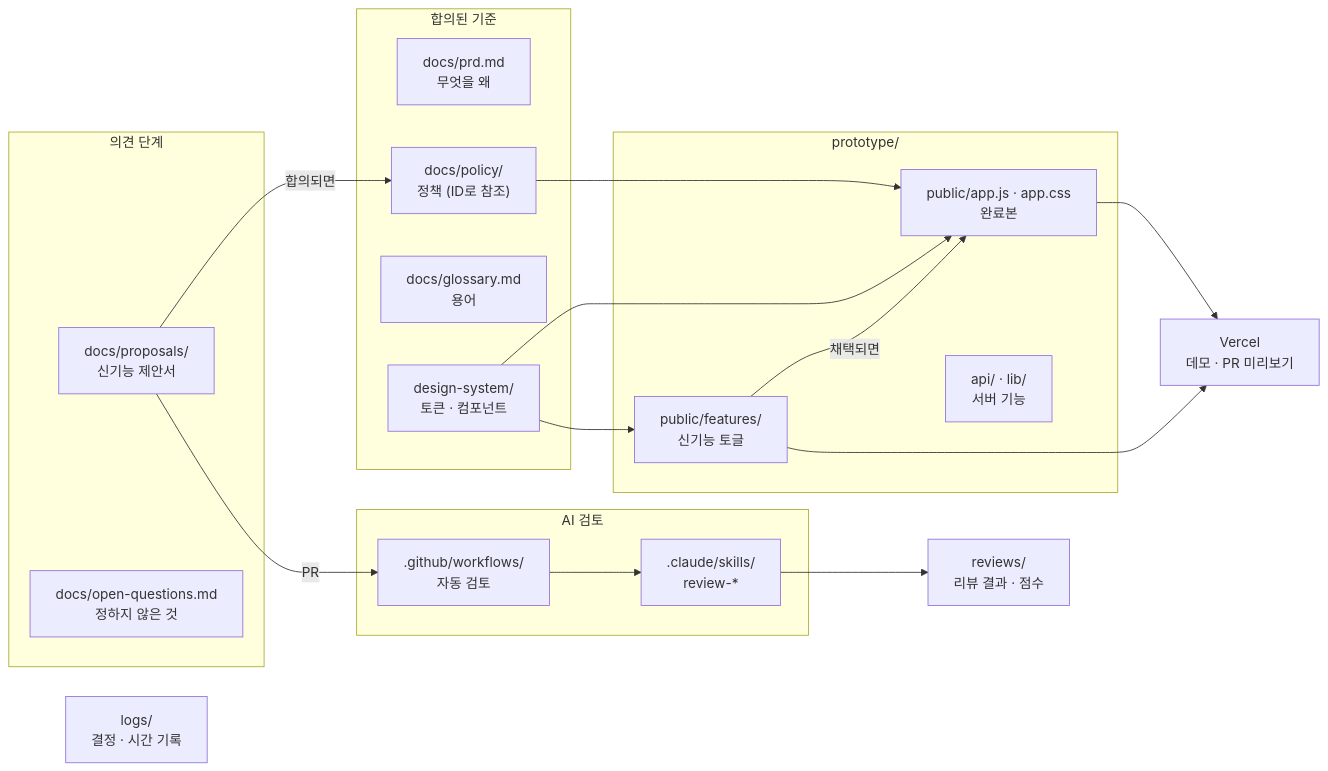
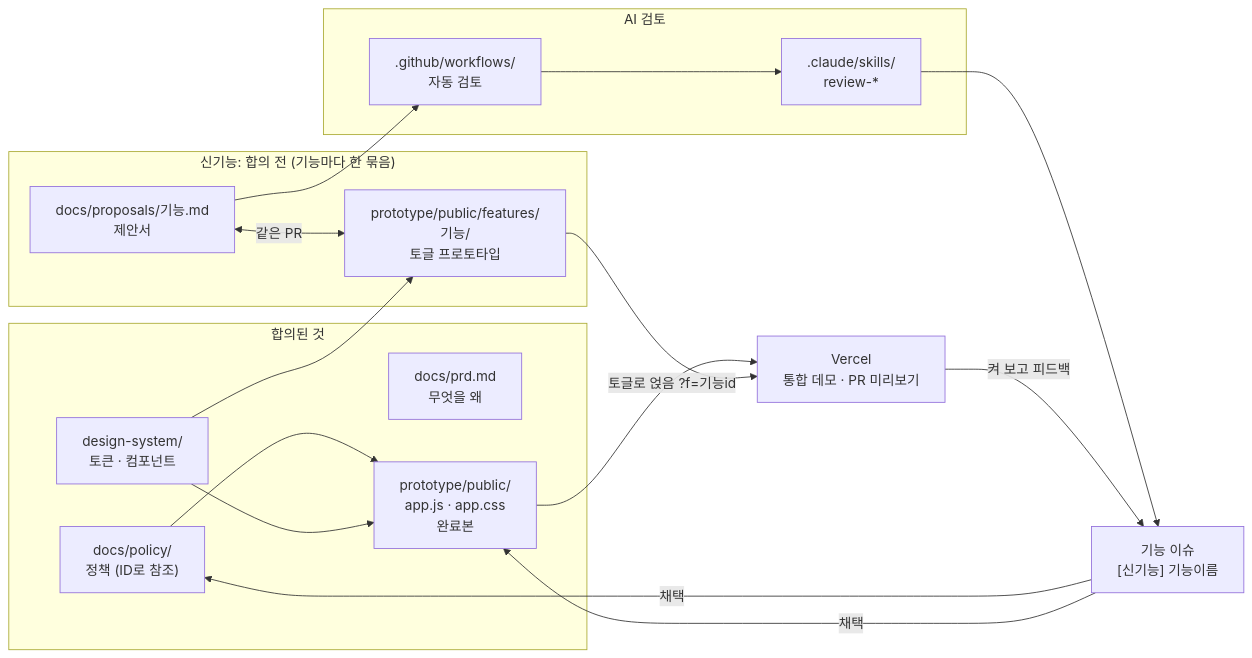
Before and after one commit to jincode93/DANGJANG: the first of 2 diagrams in README.md, drawn with Mermaid. The commit also changed other lines of this file, not shown here.

Commit message:
README 신기능 흐름을 제안서와 토글 프로토타입을 한 PR로 함께 만드는 방식으로 고침

````diff
--- a/README.md
+++ b/README.md
@@ -43,35 +43,30 @@
 ```mermaid
 flowchart LR
-  subgraph BASE["합의된 기준"]
+  subgraph BASE["합의된 것"]
     PRD["docs/prd.md<br>무엇을 왜"]
     POL["docs/policy/<br>정책 (ID로 참조)"]
-    GLO["docs/glossary.md<br>용어"]
     DS["design-system/<br>토큰 · 컴포넌트"]
+    APP["prototype/public/<br>app.js · app.css<br>완료본"]
   end
-  subgraph IDEA["의견 단계"]
-    PROP["docs/proposals/<br>신기능 제안서"]
-    OQ["docs/open-questions.md<br>정하지 않은 것"]
-  end
-  subgraph DEMO["prototype/"]
-    APP["public/app.js · app.css<br>완료본"]
-    FEAT["public/features/<br>신기능 토글"]
-    API["api/ · lib/<br>서버 기능"]
+  subgraph NEW["신기능: 합의 전 (기능마다 한 묶음)"]
+    PROP["docs/proposals/기능.md<br>제안서"]
+    FEAT["prototype/public/features/기능/<br>토글 프로토타입"]
+    PROP <-->|같은 PR| FEAT
   end
   subgraph AI["AI 검토"]
+    WF[".github/workflows/<br>자동 검토"]
     SK[".claude/skills/<br>review-*"]
-    WF[".github/workflows/<br>자동 검토"]
   end
-  REV["reviews/<br>리뷰 결과 · 점수"]
-  LOG["logs/<br>결정 · 시간 기록"]
+  ISSUE["기능 이슈<br>[신기능] 기능이름"]
+  VC["Vercel<br>통합 데모 · PR 미리보기"]
 
   POL --> APP
   DS --> APP
   DS --> FEAT
-  PROP -->|PR| WF
-  WF --> SK
-  SK --> REV
-  PROP -->|합의되면| POL
-  FEAT -->|채택되면| APP
-  APP --> VC["Vercel<br>데모 · PR 미리보기"]
-  FEAT --> VC
+  APP --> VC
+  FEAT -->|"토글로 얹음 ?f=기능id"| VC
+  PROP --> WF --> SK --> ISSUE
+  VC -->|켜 보고 피드백| ISSUE
+  ISSUE -->|채택| POL
+  ISSUE -->|채택| APP
 ```
````
